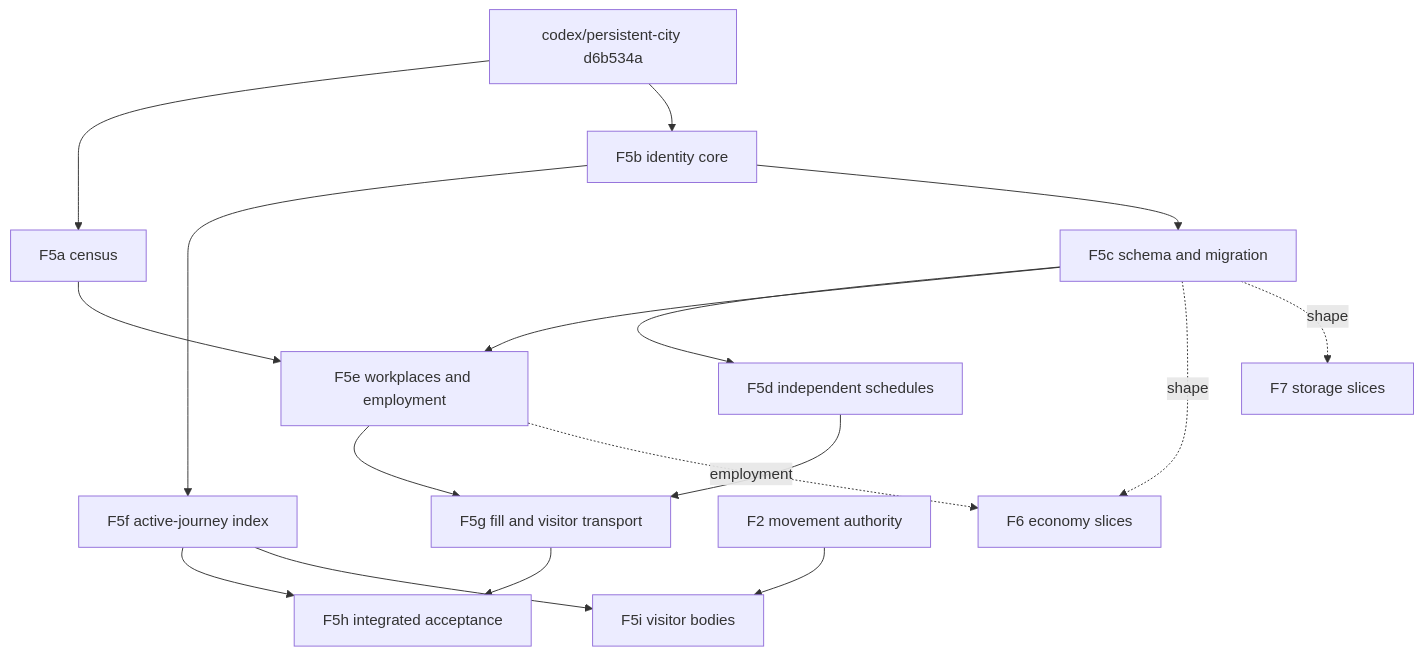
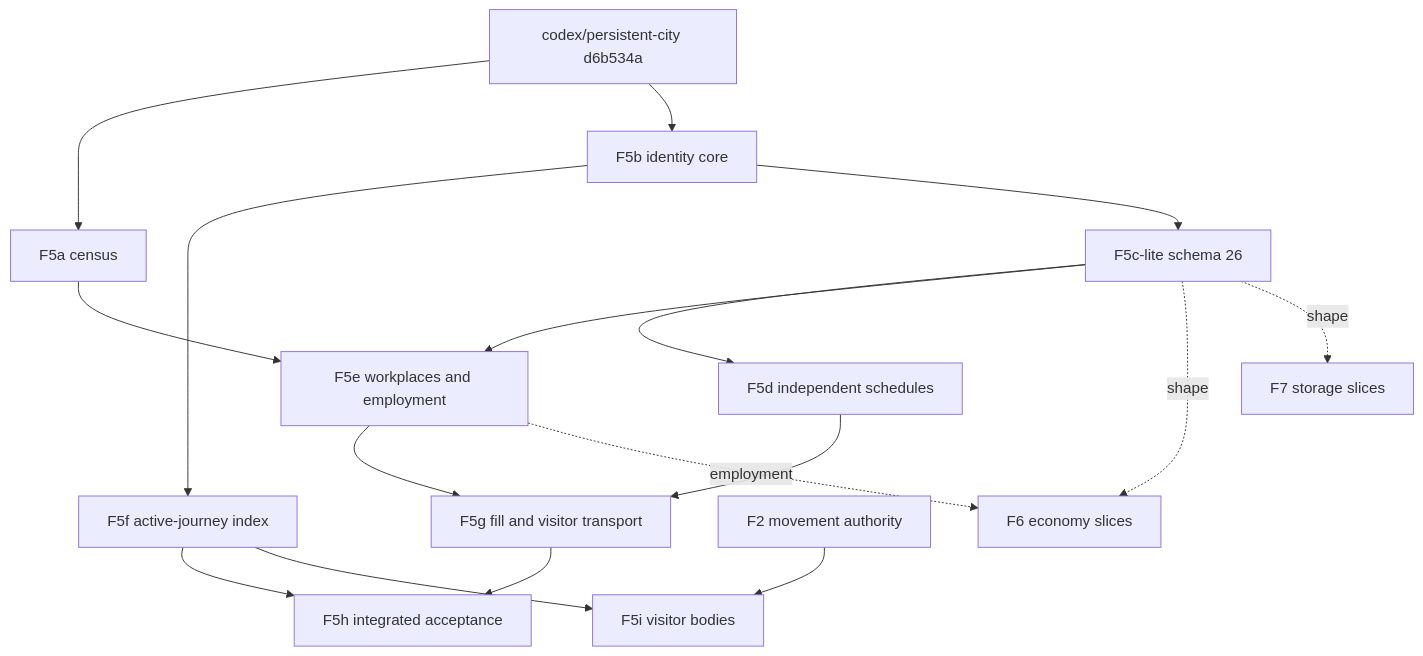
The diagram in docs/plans/f5-population.md (PeterHartwieg/big-ambitions-persistent-city), drawn with Mermaid before and after one commit. The commit also changed other lines of this file and 3 other files, not shown here.

````diff
--- a/docs/plans/f5-population.md
+++ b/docs/plans/f5-population.md
@@ -192,19 +194,19 @@
 ```mermaid
 graph TD
   Base[codex/persistent-city d6b534a] --> F5a[F5a census]
   Base --> F5b[F5b identity core]
   F5b --> F5f[F5f active-journey index]
-  F5b --> F5c[F5c schema and migration]
+  F5b --> F5c[F5c-lite schema 26]
   F5c --> F5d[F5d independent schedules]
   F5a --> F5e[F5e workplaces and employment]
   F5c --> F5e
   F5d --> F5g[F5g fill and visitor transport]
   F5e --> F5g
   F5g --> F5h[F5h integrated acceptance]
   F5f --> F5h
   F5f --> F5i[F5i visitor bodies]
   F2[F2 movement authority] --> F5i
   F5c -. shape .-> F6[F6 economy slices]
   F5e -. employment .-> F6
   F5c -. shape .-> F7[F7 storage slices]
 ```
````
